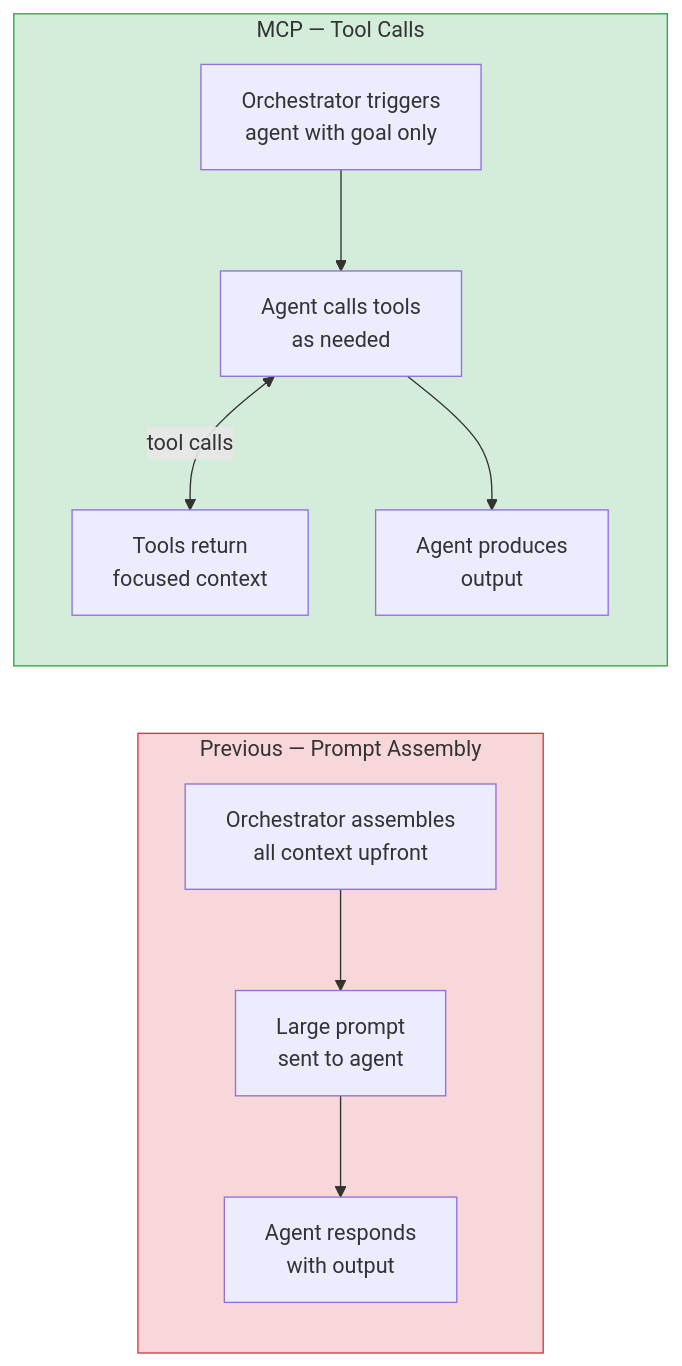
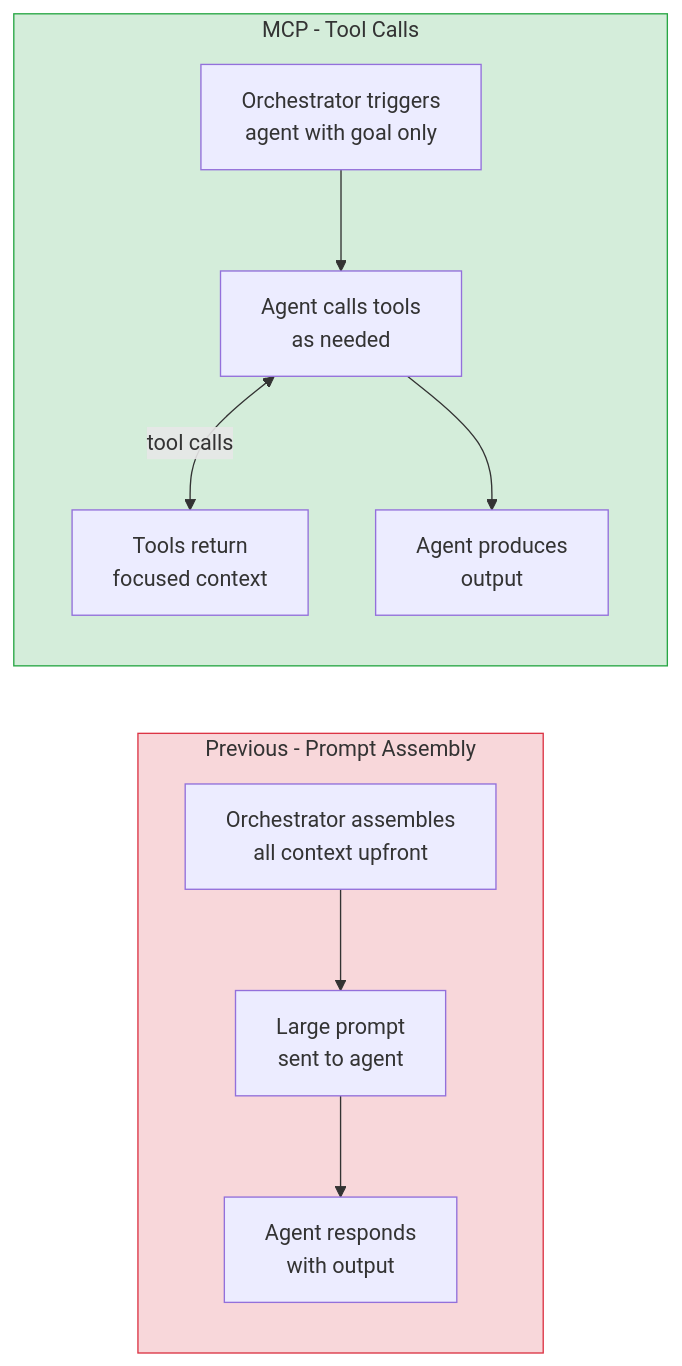
Before and after one commit to planifest/planifest-framework: the first of 5 diagrams in planifest-docs/roadmap/p005-planifest-mcp-architecture.md, drawn with Mermaid. The commit also changed other lines of this file and 56 other files, not shown here.

````diff
--- a/planifest-docs/roadmap/p005-planifest-mcp-architecture.md
+++ b/planifest-docs/roadmap/p005-planifest-mcp-architecture.md
@@ -40,22 +40,22 @@
 ```mermaid
 flowchart LR
-    subgraph OLD["Previous — Prompt Assembly"]
+    subgraph OLD["Previous - Prompt Assembly"]
         O1["Orchestrator assembles\nall context upfront"]
         O2["Large prompt\nsent to agent"]
         O3["Agent responds\nwith output"]
         O1 --> O2 --> O3
     end
 
-    subgraph NEW["MCP — Tool Calls"]
+    subgraph NEW["MCP - Tool Calls"]
         N1["Orchestrator triggers\nagent with goal only"]
         N2["Agent calls tools\nas needed"]
         N3["Tools return\nfocused context"]
         N4["Agent produces\noutput"]
         N1 --> N2
         N2 <-->|tool calls| N3
         N2 --> N4
     end
 
     style OLD fill:#f8d7da,stroke:#dc3545
     style NEW fill:#d4edda,stroke:#28a745
 ```
````
